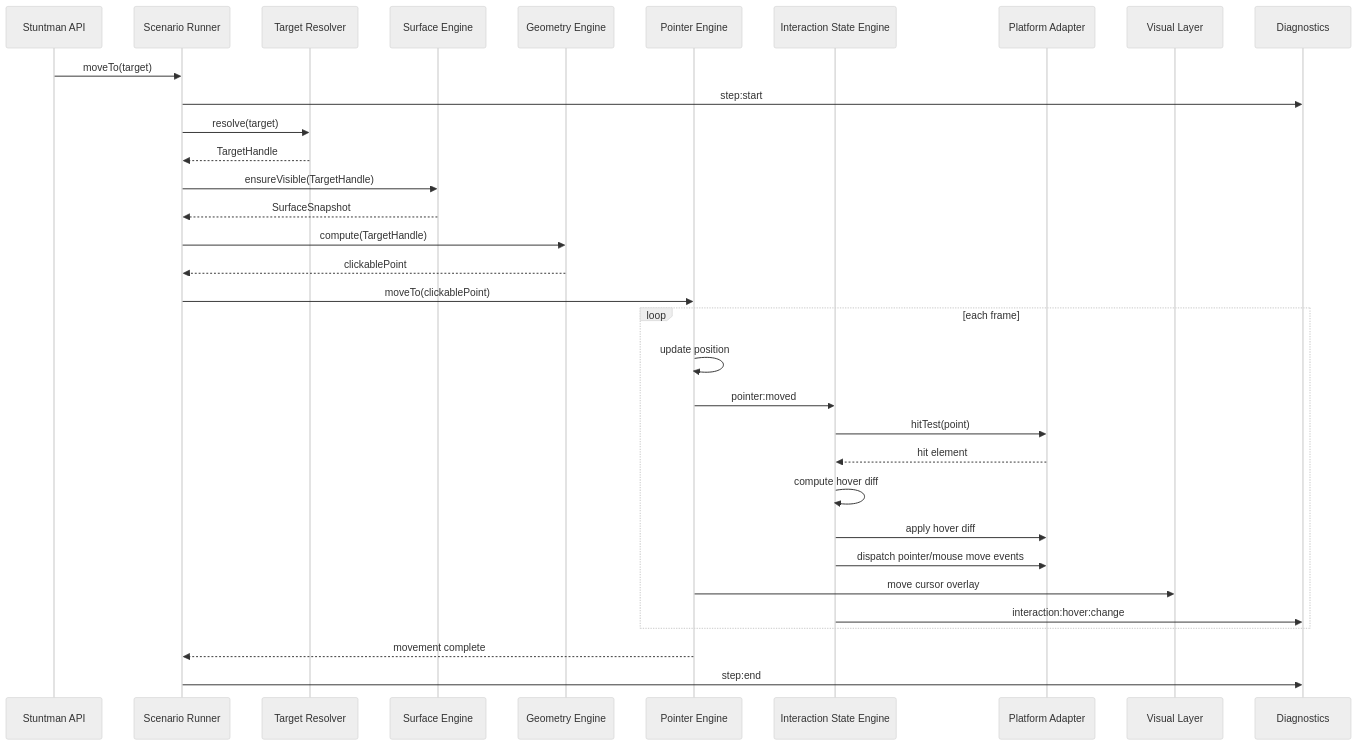
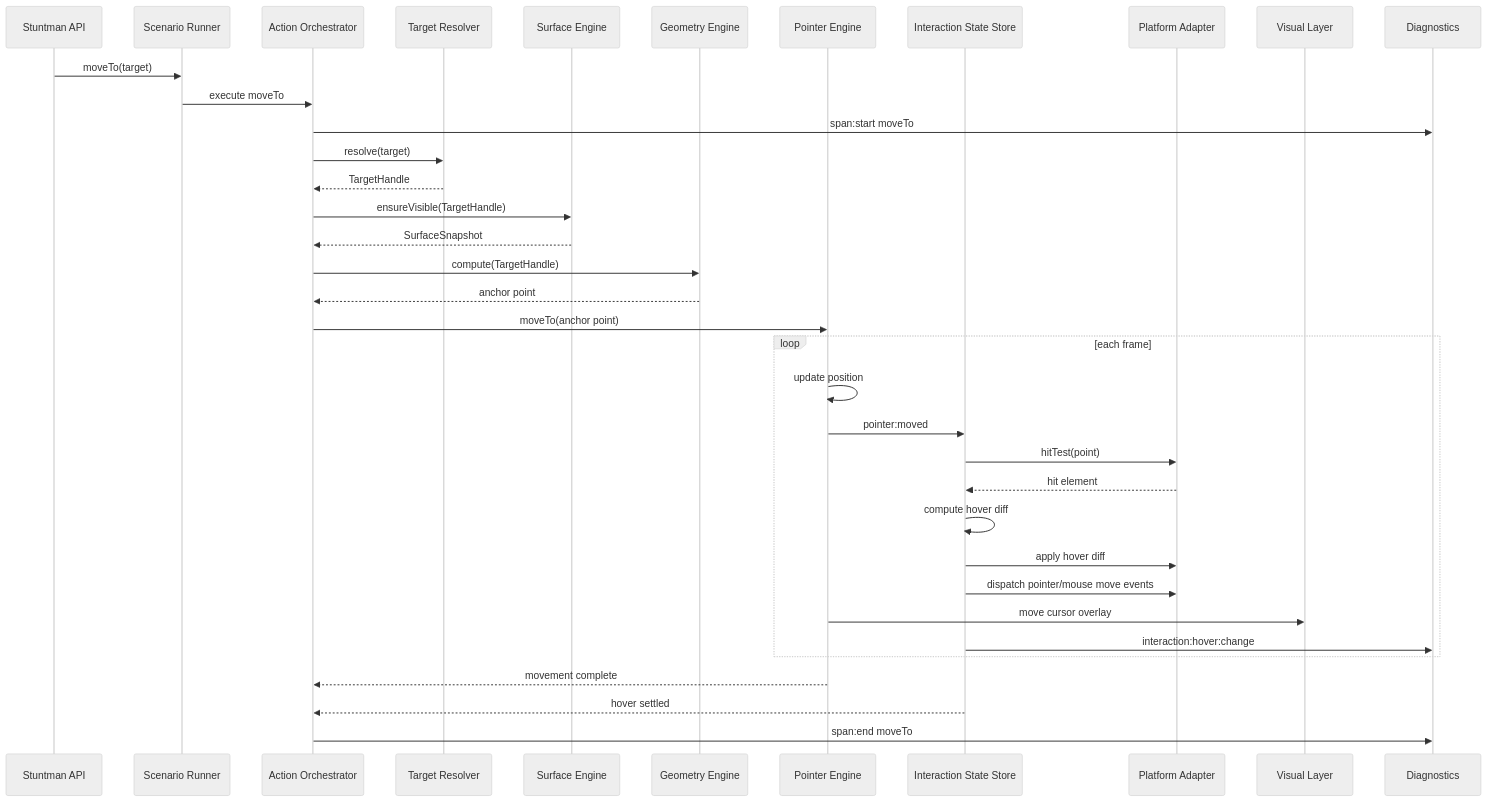
One commit to syi0808/actorble changed the third of 5 diagrams in docs/browser-architecture.md. Above: the diagram before and after it, drawn with Mermaid (neutral theme). The commit also changed other lines of this file and 1 other file, not shown here.

Commit message:
update architecture draft docs

````diff
--- a/docs/browser-architecture.md
+++ b/docs/browser-architecture.md
@@ -443,42 +1460,47 @@
 ```mermaid
 sequenceDiagram
     participant API as Stuntman API
     participant Runner as Scenario Runner
+    participant Orchestrator as Action Orchestrator
     participant Resolver as Target Resolver
     participant Surface as Surface Engine
     participant Geometry as Geometry Engine
     participant Pointer as Pointer Engine
-    participant State as Interaction State Engine
+    participant State as Interaction State Store
     participant Platform as Platform Adapter
     participant Visual as Visual Layer
     participant Trace as Diagnostics
 
     API->>Runner: moveTo(target)
-    Runner->>Trace: step:start
+    Runner->>Orchestrator: execute moveTo
 
-    Runner->>Resolver: resolve(target)
-    Resolver-->>Runner: TargetHandle
+    Orchestrator->>Trace: span:start moveTo
 
-    Runner->>Surface: ensureVisible(TargetHandle)
-    Surface-->>Runner: SurfaceSnapshot
+    Orchestrator->>Resolver: resolve(target)
+    Resolver-->>Orchestrator: TargetHandle
 
-    Runner->>Geometry: compute(TargetHandle)
-    Geometry-->>Runner: clickablePoint
+    Orchestrator->>Surface: ensureVisible(TargetHandle)
+    Surface-->>Orchestrator: SurfaceSnapshot
 
-    Runner->>Pointer: moveTo(clickablePoint)
+    Orchestrator->>Geometry: compute(TargetHandle)
+    Geometry-->>Orchestrator: anchor point
+
+    Orchestrator->>Pointer: moveTo(anchor point)
 
     loop each frame
         Pointer->>Pointer: update position
         Pointer->>State: pointer:moved
         State->>Platform: hitTest(point)
         Platform-->>State: hit element
         State->>State: compute hover diff
         State->>Platform: apply hover diff
         State->>Platform: dispatch pointer/mouse move events
         Pointer->>Visual: move cursor overlay
         State->>Trace: interaction:hover:change
     end
 
-    Pointer-->>Runner: movement complete
-    Runner->>Trace: step:end
+    Pointer-->>Orchestrator: movement complete
+    State-->>Orchestrator: hover settled
+
+    Orchestrator->>Trace: span:end moveTo
 ```
````
